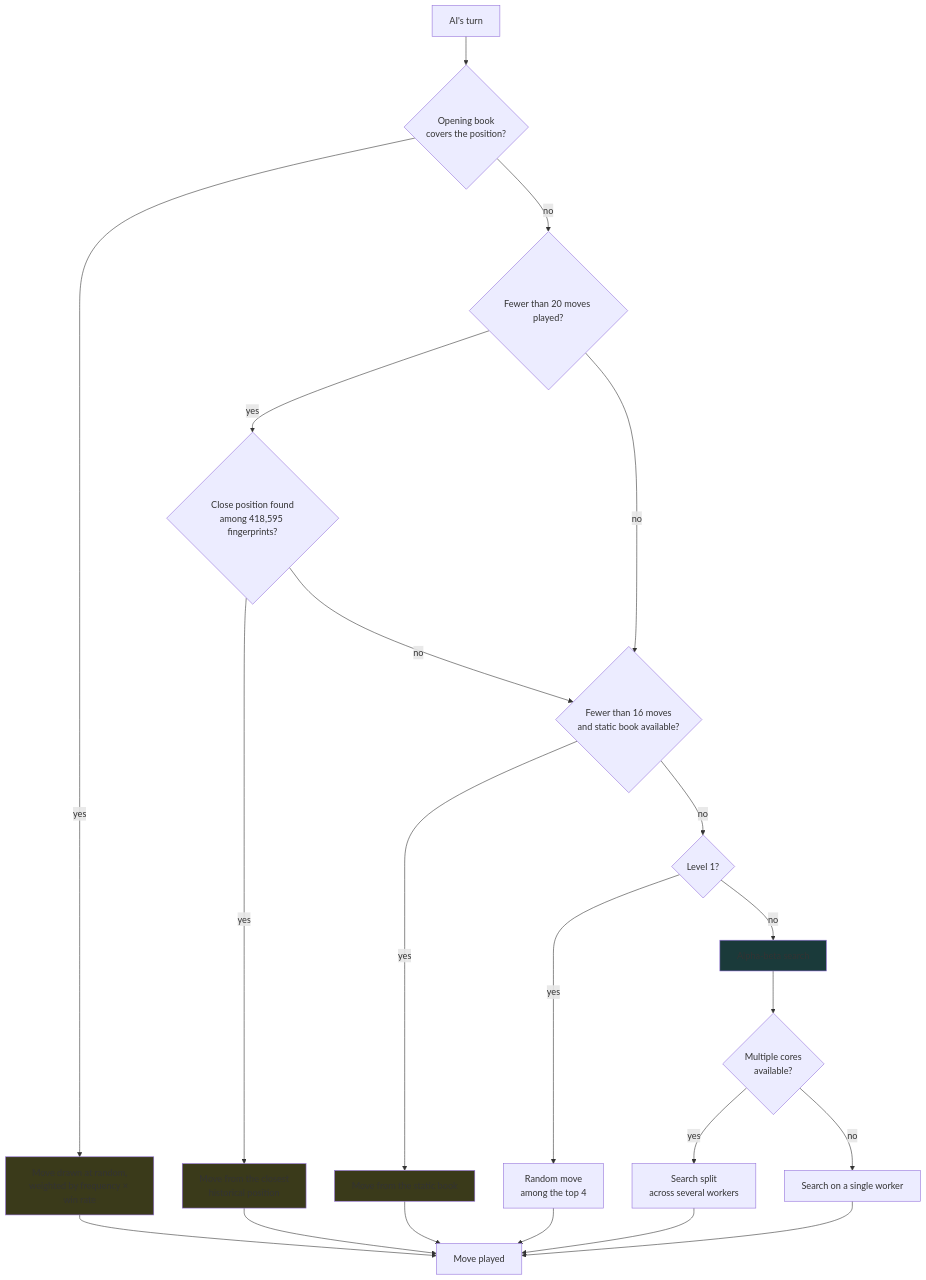
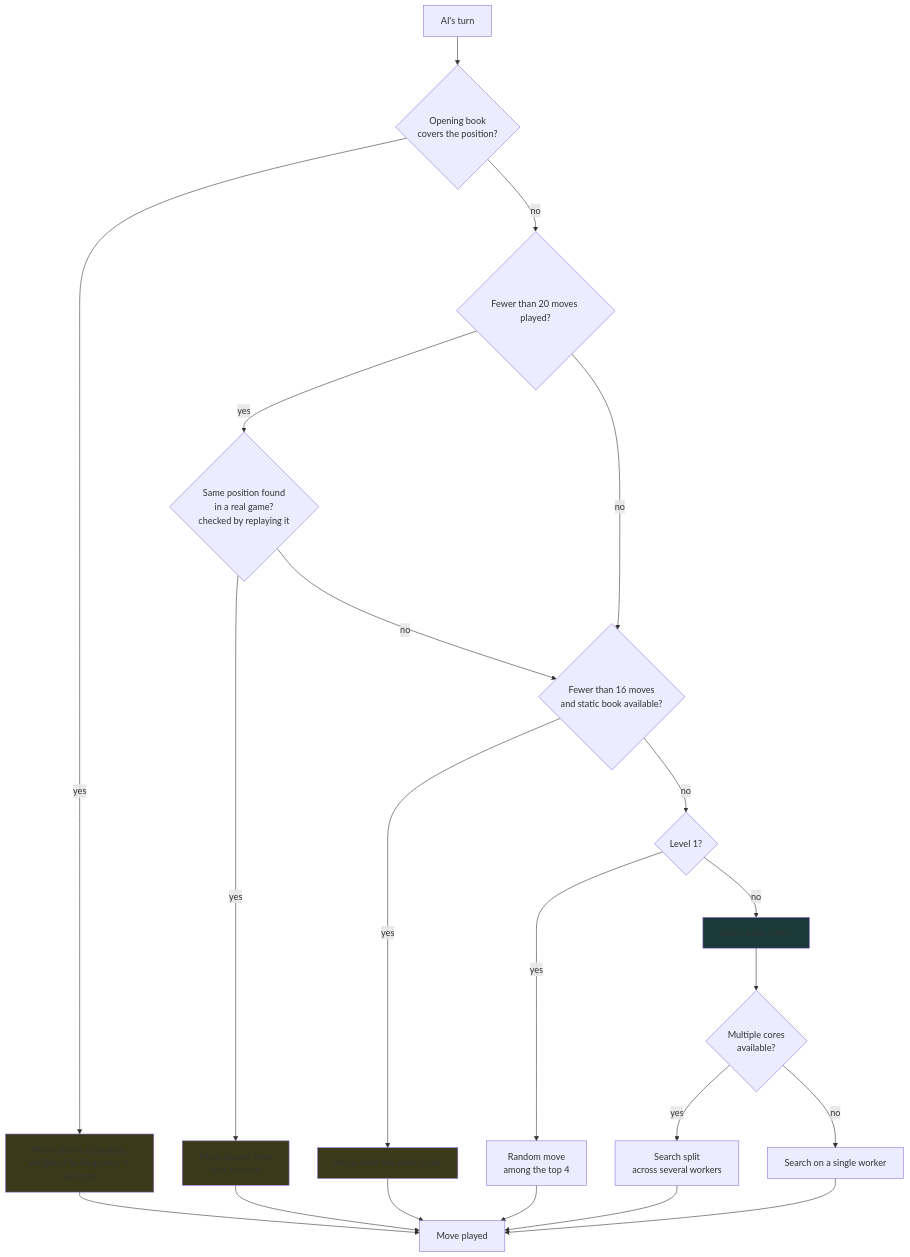
The first of 3 diagrams in docs-en/Architecture.en.md (ocj94/Abalassembly), drawn with Mermaid before and after one commit. The commit also changed other lines of this file and 12 other files, not shown here.

````diff
--- a/docs-en/Architecture.en.md
+++ b/docs-en/Architecture.en.md
@@ -15,28 +15,28 @@
 ```mermaid
 flowchart TD
     A[AI's turn] --> B{Opening book<br/>covers the position?}
     B -->|yes| B1[Move drawn at random,<br/>weighted by frequency × win rate]
     B -->|no| C{Fewer than 20 moves played?}
-    C -->|yes| C1{Close position found<br/>among 418,595 fingerprints?}
-    C1 -->|yes| C2[Move from the closest<br/>historical position]
+    C -->|yes| C1{Same position found<br/>in a real game?<br/>checked by replaying it}
+    C1 -->|yes| C2[Move played from<br/>that position]
     C1 -->|no| D
     C -->|no| D{Fewer than 16 moves<br/>and static book available?}
     D -->|yes| D1[Move from the static book]
     D -->|no| E{Level 1?}
     E -->|yes| E1[Random move<br/>among the top 4]
     E -->|no| F[Alpha-beta search]
     F --> G{Multiple cores<br/>available?}
     G -->|yes| G1[Search split<br/>across several workers]
     G -->|no| G2[Search on a single worker]
     G1 --> H[Move played]
     G2 --> H
     B1 --> H
     C2 --> H
     D1 --> H
     E1 --> H
 
     style B1 fill:#3a3a1a
     style C2 fill:#3a3a1a
     style D1 fill:#3a3a1a
     style F fill:#1a3a3a
 ```
````
